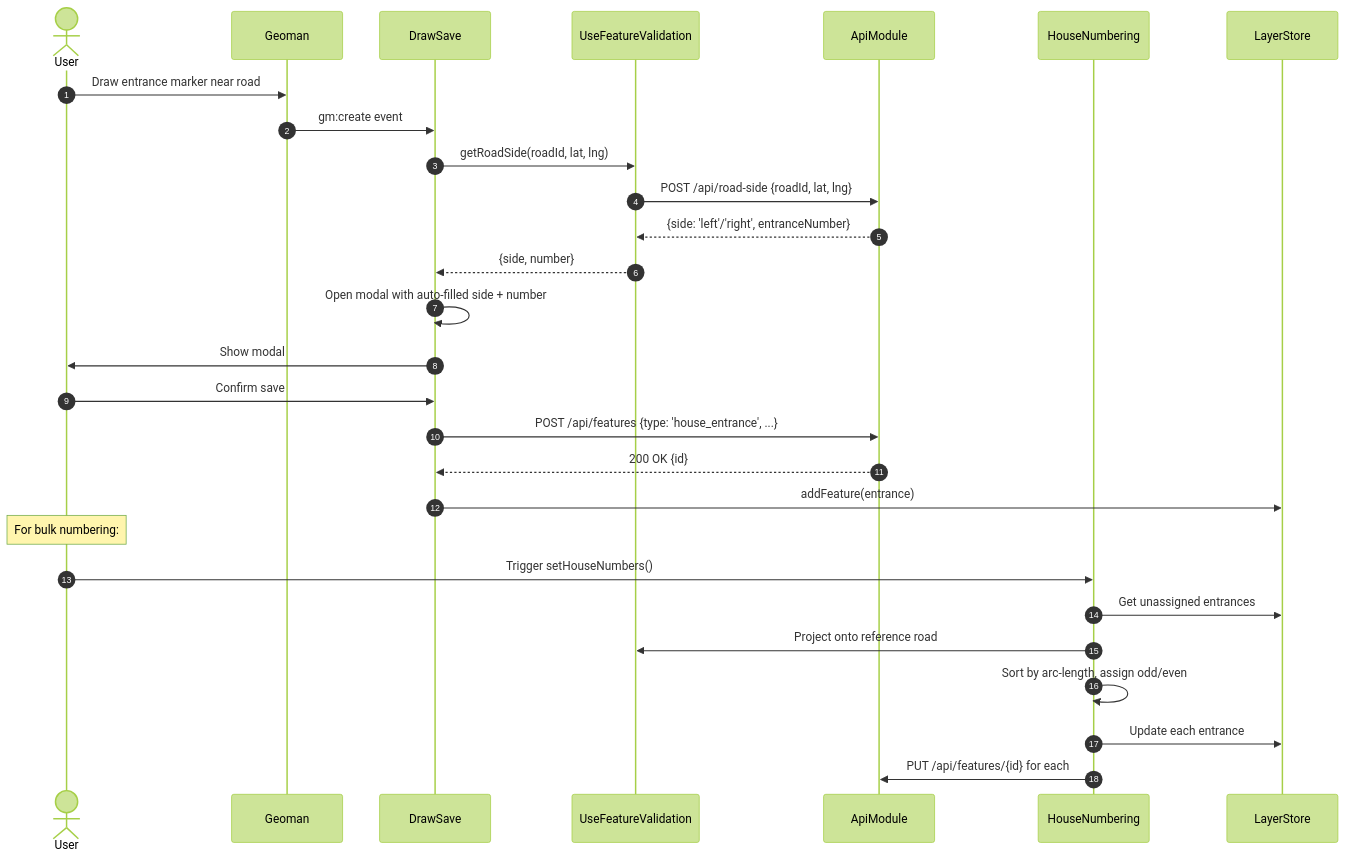
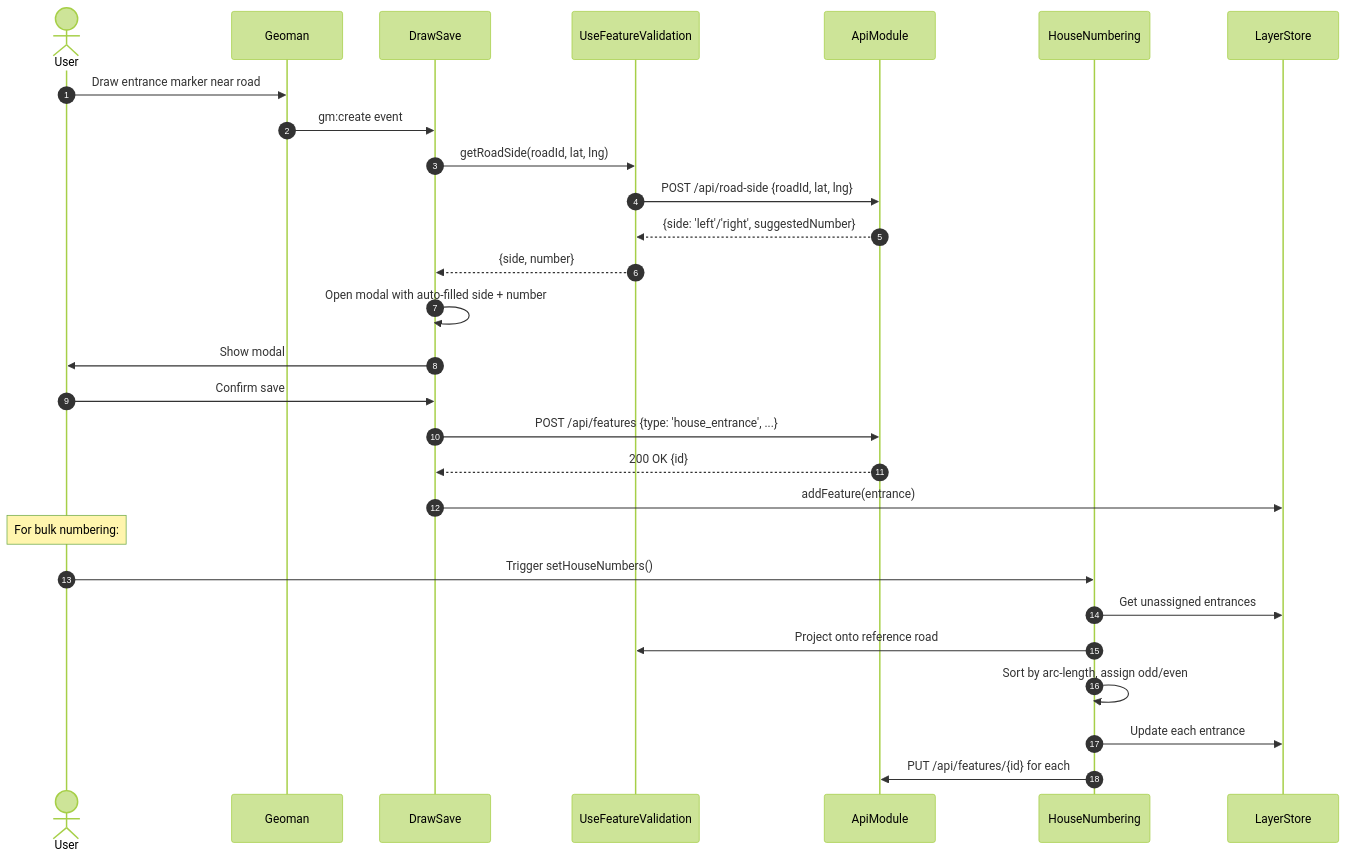
The fifth of 6 diagrams in docs/uml/nars-vite-sequence-diagram.md (Zuhir-Benslama/NARS), drawn with Mermaid (forest theme) before and after one commit. The commit also changed other lines of this file and 21 other files, not shown here.

````diff
--- a/docs/uml/nars-vite-sequence-diagram.md
+++ b/docs/uml/nars-vite-sequence-diagram.md
@@ -250,35 +250,35 @@
 ```mermaid
 sequenceDiagram
     autonumber
     actor User
     participant Geoman
     participant DrawSave
     participant UseFeatureValidation
     participant ApiModule
     participant HouseNumbering
     participant LayerStore
 
     User->>Geoman: Draw entrance marker near road
     Geoman->>DrawSave: gm:create event
 
     DrawSave->>UseFeatureValidation: getRoadSide(roadId, lat, lng)
     UseFeatureValidation->>ApiModule: POST /api/road-side {roadId, lat, lng}
-    ApiModule-->>UseFeatureValidation: {side: 'left'/'right', entranceNumber}
+    ApiModule-->>UseFeatureValidation: {side: 'left'/'right', suggestedNumber}
     UseFeatureValidation-->>DrawSave: {side, number}
 
     DrawSave->>DrawSave: Open modal with auto-filled side + number
     DrawSave->>User: Show modal
 
     User->>DrawSave: Confirm save
     DrawSave->>ApiModule: POST /api/features {type: 'house_entrance', ...}
     ApiModule-->>DrawSave: 200 OK {id}
     DrawSave->>LayerStore: addFeature(entrance)
 
     Note over User: For bulk numbering:
     User->>HouseNumbering: Trigger setHouseNumbers()
     HouseNumbering->>LayerStore: Get unassigned entrances
     HouseNumbering->>UseFeatureValidation: Project onto reference road
     HouseNumbering->>HouseNumbering: Sort by arc-length, assign odd/even
     HouseNumbering->>LayerStore: Update each entrance
     HouseNumbering->>ApiModule: PUT /api/features/{id} for each
 ```
````
